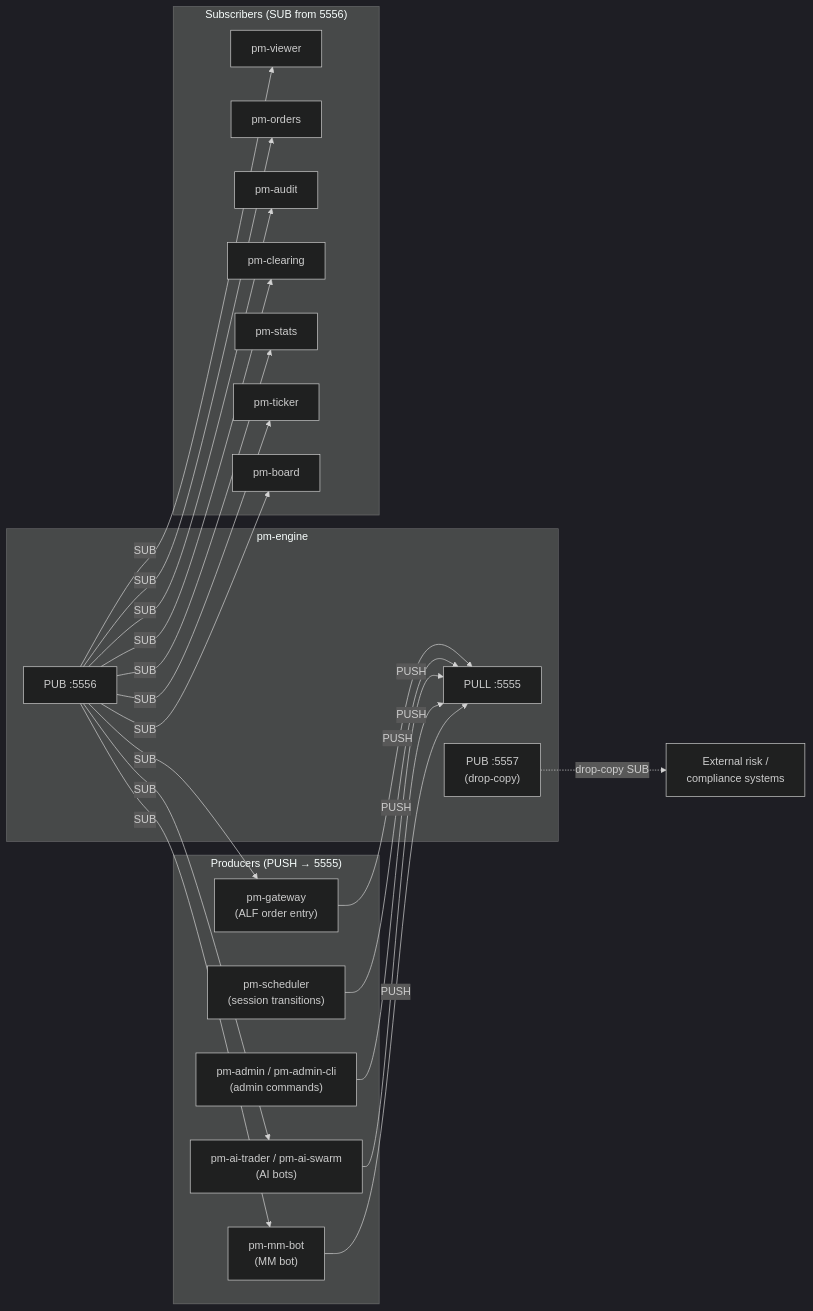
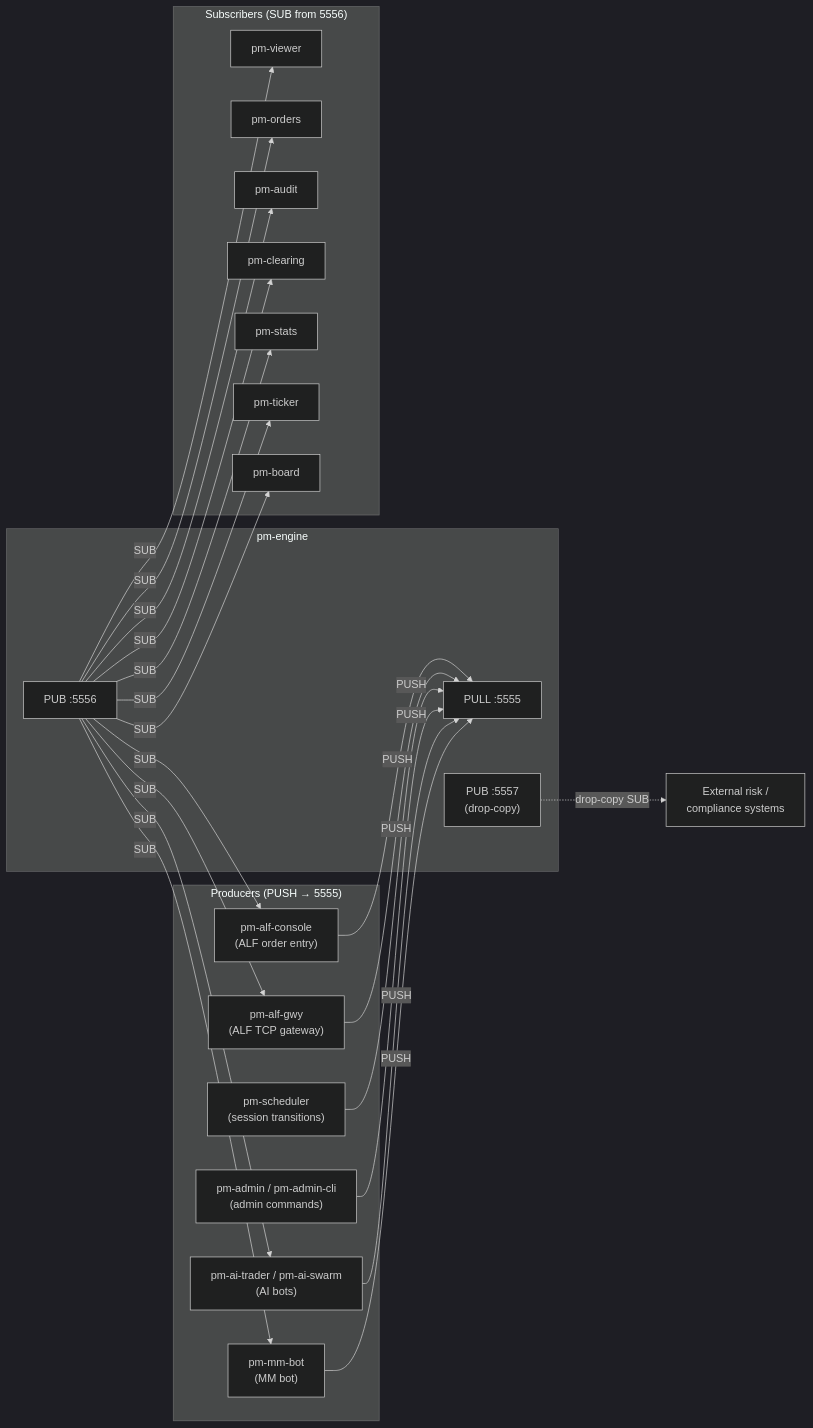
One commit to johan162/EduMatcher changed the first of 2 diagrams in docs/user-guide/10-processes.md. Above: the diagram before and after it, drawn with Mermaid (dark theme). The commit also changed other lines of this file and 119 other files, not shown here.

````diff
--- a/docs/user-guide/10-processes.md
+++ b/docs/user-guide/10-processes.md
@@ -37,43 +37,46 @@
 ```mermaid
 flowchart LR
     subgraph producers["Producers (PUSH → 5555)"]
-        GW["pm-gateway\n(ALF order entry)"]
+        GW["pm-alf-console\n(ALF order entry)"]
+        ALFGWY["pm-alf-gwy\n(ALF TCP gateway)"]
         SCH["pm-scheduler\n(session transitions)"]
         ADM["pm-admin / pm-admin-cli\n(admin commands)"]
         AI["pm-ai-trader / pm-ai-swarm\n(AI bots)"]
         MMB["pm-mm-bot\n(MM bot)"]
     end
 
     subgraph engine["pm-engine"]
         PULL["PULL :5555"]
         PUB["PUB :5556"]
         DC["PUB :5557\n(drop-copy)"]
     end
 
     subgraph subscribers["Subscribers (SUB from 5556)"]
         VW["pm-viewer"]
         ORD["pm-orders"]
         AUD["pm-audit"]
         CLR["pm-clearing"]
         STS["pm-stats"]
         TKR["pm-ticker"]
         BRD["pm-board"]
     end
 
     GW -->|PUSH| PULL
+    ALFGWY -->|PUSH| PULL
     SCH -->|PUSH| PULL
     ADM -->|PUSH| PULL
     AI -->|PUSH| PULL
     MMB -->|PUSH| PULL
     PUB -->|SUB| GW
+    PUB -->|SUB| ALFGWY
     PUB -->|SUB| VW
     PUB -->|SUB| ORD
     PUB -->|SUB| AUD
     PUB -->|SUB| CLR
     PUB -->|SUB| STS
     PUB -->|SUB| TKR
     PUB -->|SUB| BRD
     PUB -->|SUB| AI
     PUB -->|SUB| MMB
     DC -.->|drop-copy SUB| EXT["External risk /\ncompliance systems"]
 ```
````
